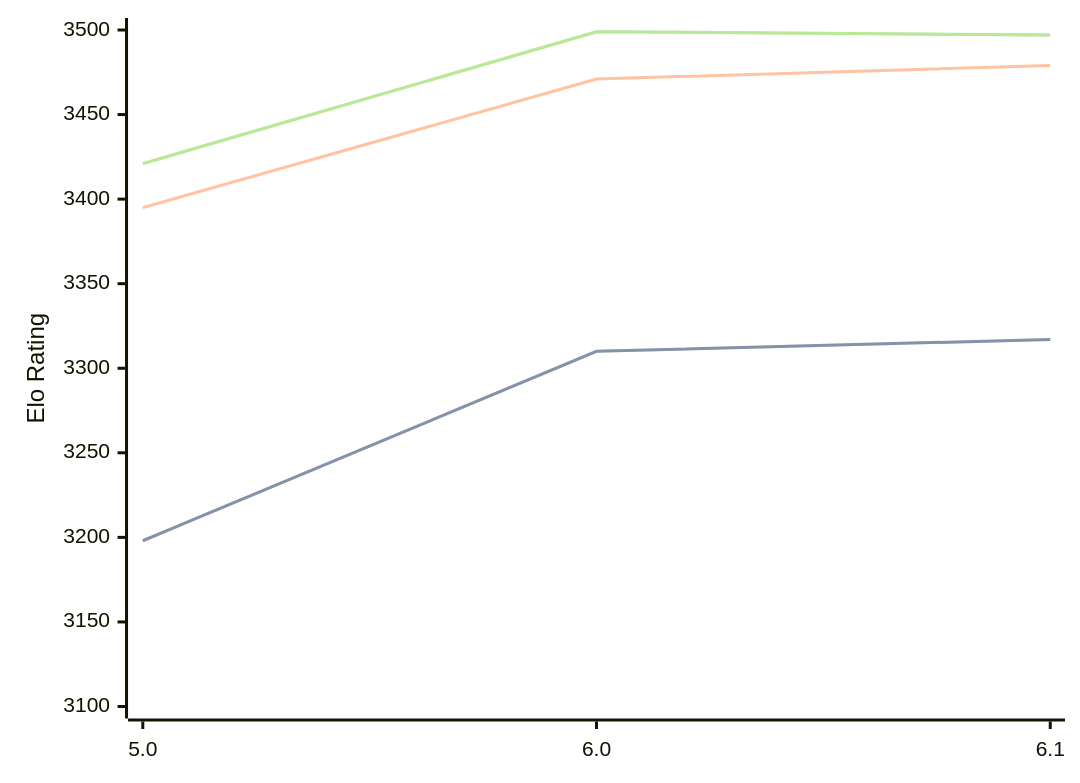
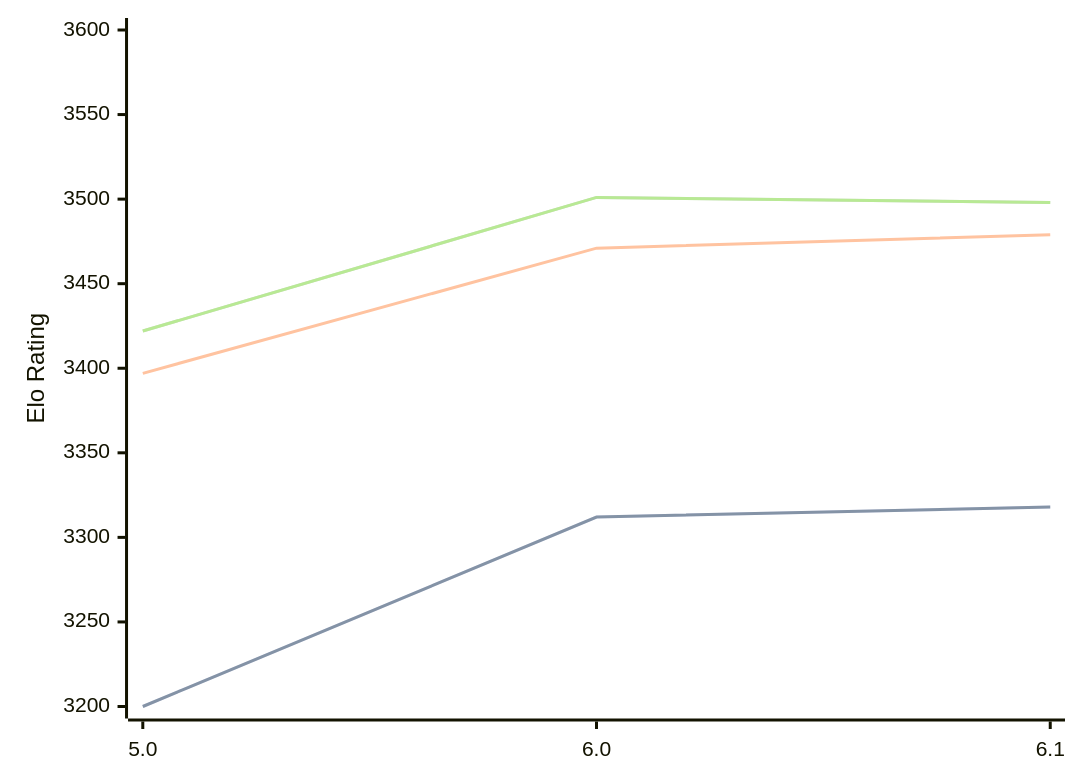
One commit to computer-chess-index/cci changed the diagram in engines/Starzix.md. Above: the diagram before and after it, drawn with Mermaid. The commit also changed other lines of this file, not shown here.

Commit message:
Update CCI Ratings (ELO VLTC) - 2026-07-23

````diff
--- a/engines/Starzix.md
+++ b/engines/Starzix.md
@@ -37,11 +37,11 @@
 ```mermaid
 %%{init: {"theme":"base","themeVariables":{"seriesColors:['#a3a3a3','#222221','#faa371']}}}%%
 xychart-beta
   x-axis ["5.0", "6.0", "6.1"]
-  y-axis "Elo Rating" 3100 --> 3500
-  line "STC (8.0+0.08s)" [3198, 3310, 3317]
-  line "STC (8.0+0.08s)" [3198, 3310, 3317]
-  line "LTC (60.0+0.60s)" [3395, 3471, 3479]
-  line "VLTC (2m24s+1.12s)" [3421, 3499, 3497]
-  line "VLTC (2m24s+1.12s)" [3421, 3499, 3497]
+  y-axis "Elo Rating" 3200 --> 3600
+  line "STC (8.0+0.08s)" [3200, 3312, 3318]
+  line "STC (8.0+0.08s)" [3200, 3312, 3318]
+  line "LTC (60.0+0.60s)" [3397, 3471, 3479]
+  line "VLTC (2m24s+1.12s)" [3422, 3501, 3498]
+  line "VLTC (2m24s+1.12s)" [3422, 3501, 3498]
 ```
````
